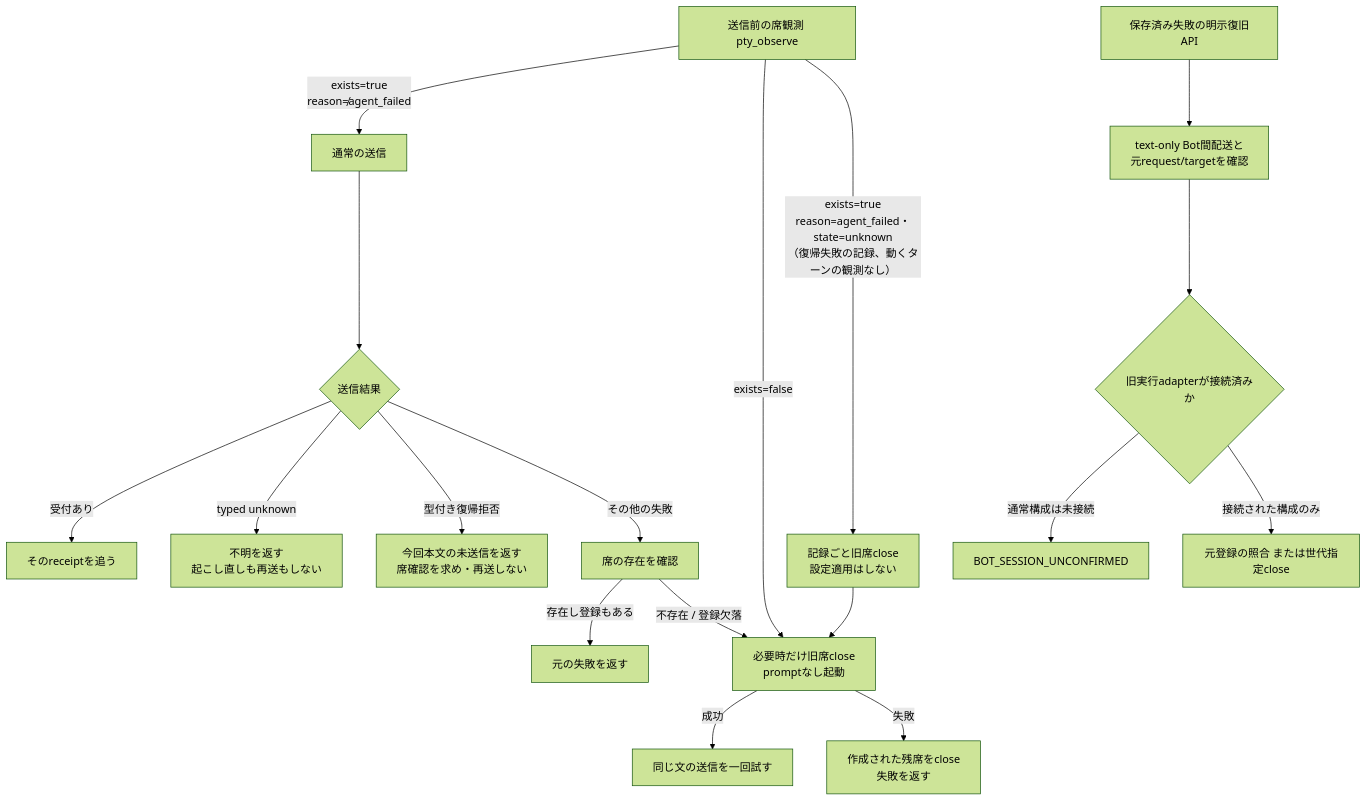
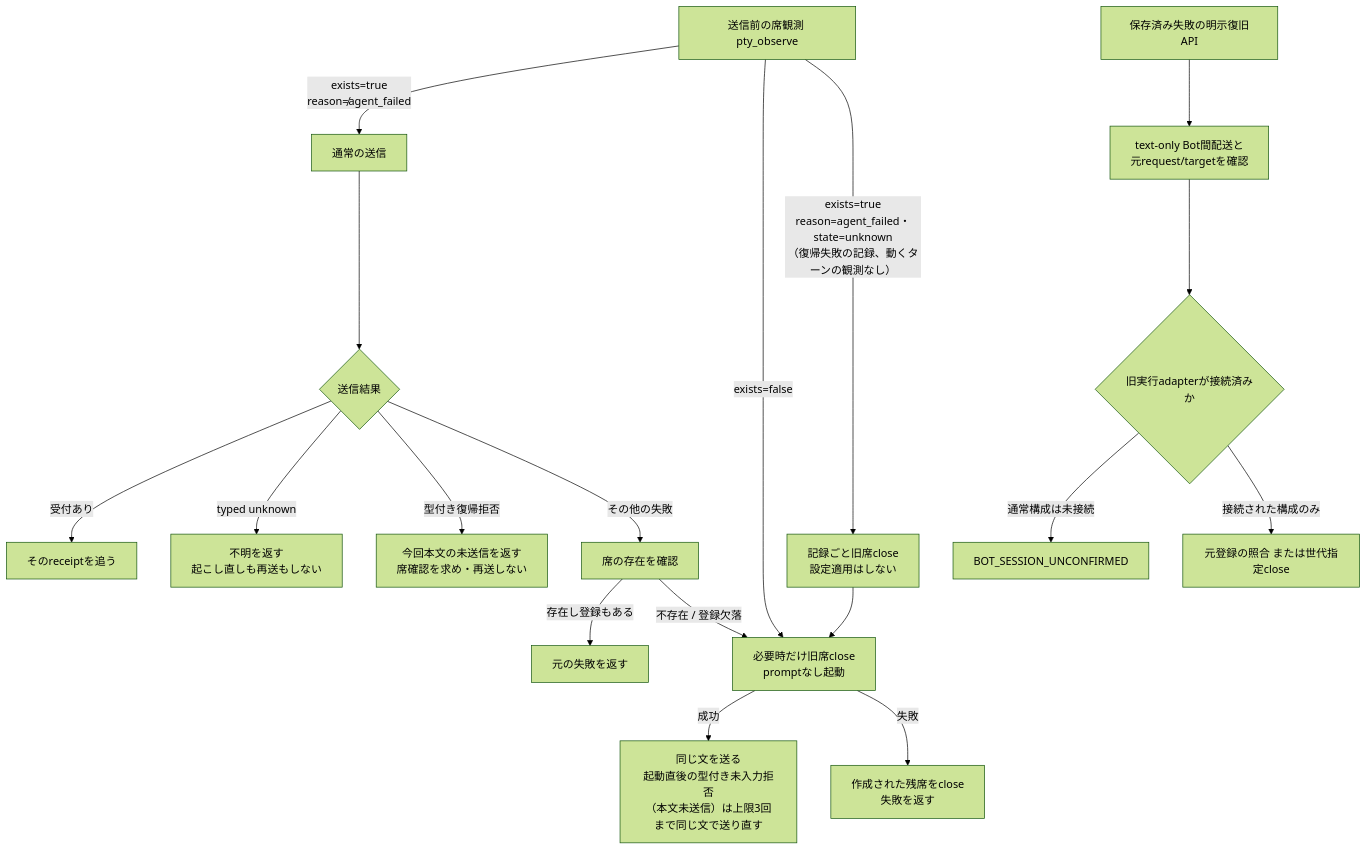
Before and after one commit to kitepon/BellTeam: the second of 2 diagrams in docs/architecture/delivery-details.md, drawn with Mermaid (forest theme). The commit also changed other lines of this file and 2 other files, not shown here.

Commit message:
Send the same text again when a just-woken seat is not yet ready for input
agent_launch's ready and pty_send's input-readiness check are two separate
30-second budgets inside Aiterm. A seat woken by this dispatch keeps starting
up (MCP init, hooks, history drawing) after its composer first appears, and
under the load of many simultaneous starts the second budget runs out with
AGENT_INPUT_NOT_READY (text not sent, "send again later"). On 2026-11-07
20:18 JST all six woken seats failed this way while all four live seats
passed. dispatch now sends the same text again for the seat it just woke,
up to three attempts, only on that typed unsent refusal; live seats, unknown
outcomes and typed resume refusals keep their current handling.

````diff
--- a/docs/architecture/delivery-details.md
+++ b/docs/architecture/delivery-details.md
@@ -48,19 +48,19 @@
 ```mermaid
 flowchart TD
   Observe["送信前の席観測 pty_observe"] -->|"exists=true<br/>reason≠agent_failed"| Send["通常の送信"]
   Observe -->|"exists=false"| Launch
   Observe -->|"exists=true<br/>reason=agent_failed・state=unknown<br/>（復帰失敗の記録、動くターンの観測なし）"| CloseFailed["記録ごと旧席close<br/>設定適用はしない"] --> Launch
   Send --> Reply{"送信結果"}
   Reply -->|"受付あり"| Accepted["そのreceiptを追う"]
   Reply -->|"typed unknown"| Unknown["不明を返す<br/>起こし直しも再送もしない"]
   Reply -->|"型付き復帰拒否"| Resume["今回本文の未送信を返す<br/>席確認を求め・再送しない"]
   Reply -->|"その他の失敗"| Running["席の存在を確認"]
   Running -->|"存在し登録もある"| Fail["元の失敗を返す"]
   Running -->|"不存在 / 登録欠落"| Launch["必要時だけ旧席close<br/>promptなし起動"]
-  Launch -->|"成功"| Once["同じ文の送信を一回試す"]
+  Launch -->|"成功"| Once["同じ文を送る<br/>起動直後の型付き未入力拒否<br/>（本文未送信）は上限3回まで同じ文で送り直す"]
   Launch -->|"失敗"| Cleanup["作成された残席をclose<br/>失敗を返す"]
   Explicit["保存済み失敗の明示復旧API"] --> Eligible["text-only Bot間配送と<br/>元request/targetを確認"]
   Eligible --> Adapter{"旧実行adapterが接続済みか"}
   Adapter -->|"通常構成は未接続"| Refuse["BOT_SESSION_UNCONFIRMED"]
   Adapter -->|"接続された構成のみ"| Reconcile["元登録の照合 または世代指定close"]
 ```
````
